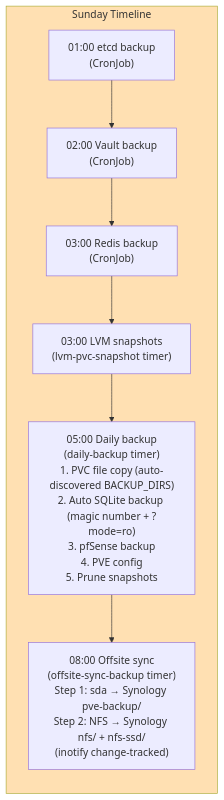
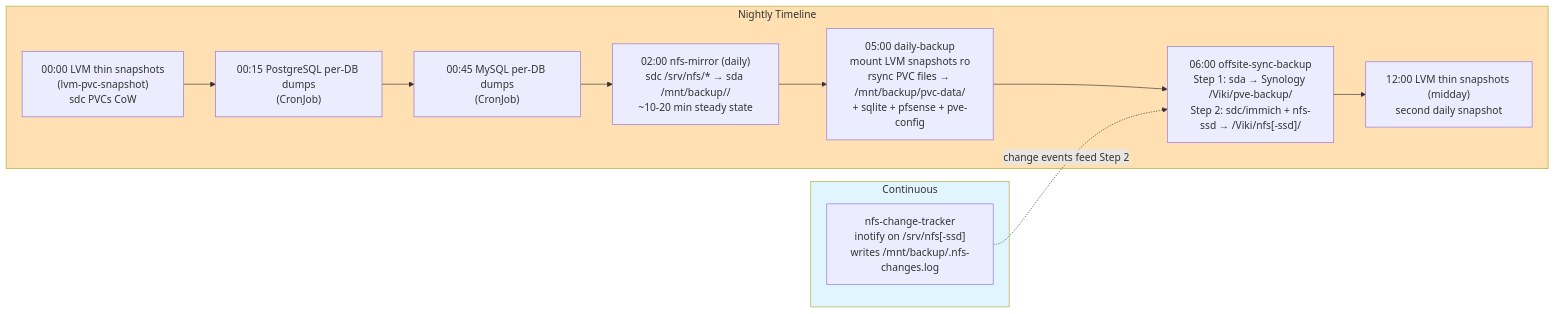
Before and after one commit to ViktorBarzin/infra: the third of 6 diagrams in docs/architecture/backup-dr.md, drawn with Mermaid. The commit also changed other lines of this file, not shown here.

First line of the commit message:
backup-dr docs: refresh diagrams for daily/immich-only architecture

````diff
--- a/docs/architecture/backup-dr.md
+++ b/docs/architecture/backup-dr.md
@@ -128,15 +176,22 @@
 ```mermaid
 graph LR
-    subgraph Sunday["Sunday Timeline"]
-        S01["01:00 etcd backup<br/>(CronJob)"]
-        S02["02:00 Vault backup<br/>(CronJob)"]
-        S03a["03:00 Redis backup<br/>(CronJob)"]
-        S03b["03:00 LVM snapshots<br/>(lvm-pvc-snapshot timer)"]
-        S05["05:00 Daily backup<br/>(daily-backup timer)<br/>1. PVC file copy (auto-discovered BACKUP_DIRS)<br/>2. Auto SQLite backup (magic number + ?mode=ro)<br/>3. pfSense backup<br/>4. PVE config<br/>5. Prune snapshots"]
-        S08["08:00 Offsite sync<br/>(offsite-sync-backup timer)<br/>Step 1: sda → Synology pve-backup/<br/>Step 2: NFS → Synology nfs/ + nfs-ssd/<br/>(inotify change-tracked)"]
+    subgraph Continuous["Continuous"]
+        INO["nfs-change-tracker<br/>inotify on /srv/nfs[-ssd]<br/>writes /mnt/backup/.nfs-changes.log"]
     end
 
-    S01 --> S02 --> S03a --> S03b --> S05 --> S08
+    subgraph Nightly["Nightly Timeline"]
+        T0000["00:00 LVM thin snapshots<br/>(lvm-pvc-snapshot)<br/>sdc PVCs CoW"]
+        T0015["00:15 PostgreSQL per-DB dumps<br/>(CronJob)"]
+        T0045["00:45 MySQL per-DB dumps<br/>(CronJob)"]
+        T0200["02:00 nfs-mirror (daily)<br/>sdc /srv/nfs/* → sda /mnt/backup/<svc>/<br/>~10-20 min steady state"]
+        T0500["05:00 daily-backup<br/>mount LVM snapshots ro<br/>rsync PVC files → /mnt/backup/pvc-data/<br/>+ sqlite + pfsense + pve-config"]
+        T0600["06:00 offsite-sync-backup<br/>Step 1: sda → Synology /Viki/pve-backup/<br/>Step 2: sdc/immich + nfs-ssd → /Viki/nfs[-ssd]/"]
+        T1200["12:00 LVM thin snapshots (midday)<br/>second daily snapshot"]
+    end
 
-    style Sunday fill:#ffe0b2
+    T0000 --> T0015 --> T0045 --> T0200 --> T0500 --> T0600 --> T1200
+    INO -.->|change events feed Step 2| T0600
+
+    style Nightly fill:#ffe0b2
+    style Continuous fill:#e1f5ff
 ```
````
